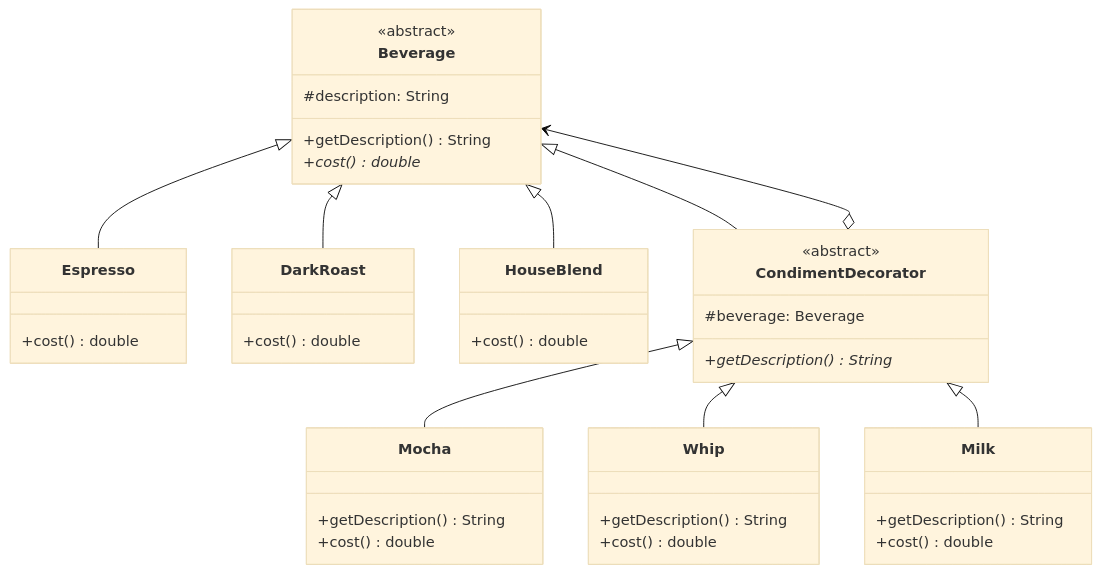
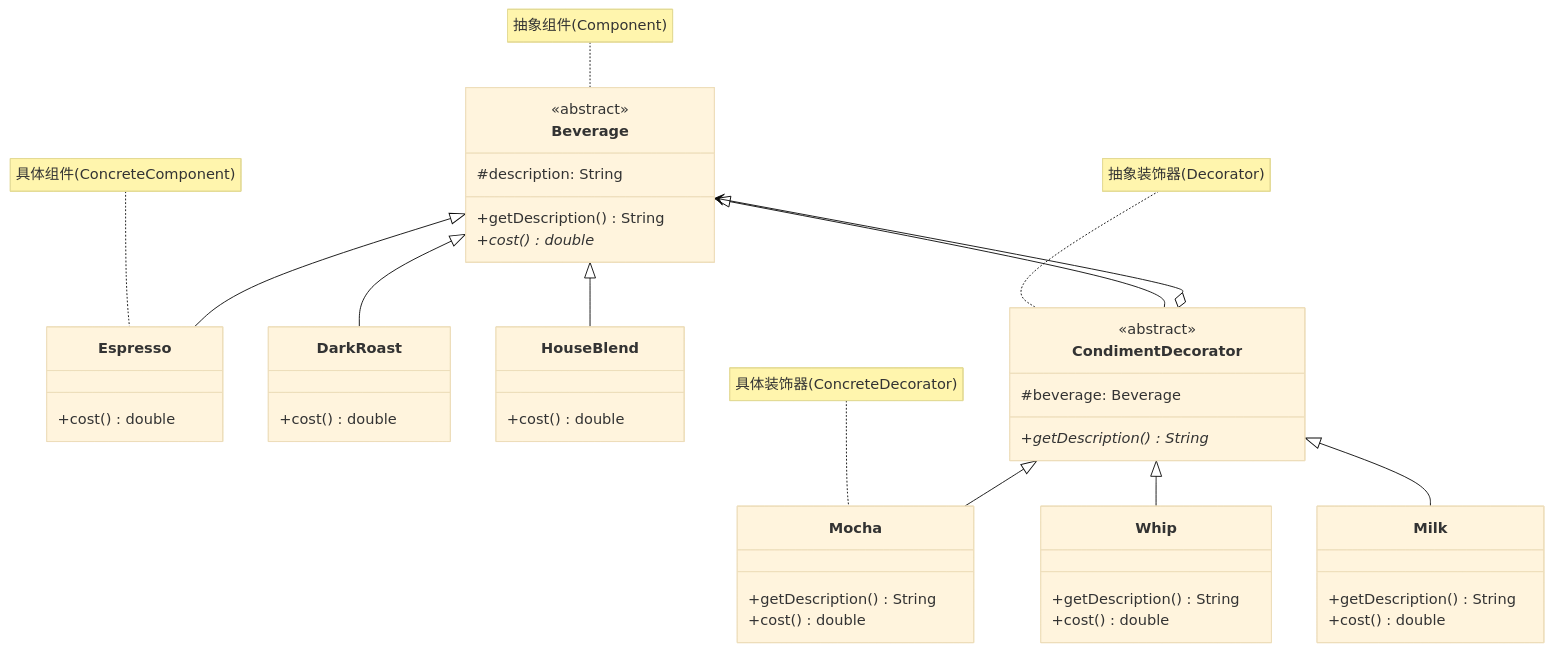
Before and after one commit to luguosong/programming-notes: the diagram in docs/topic/design-patterns/structural-patterns/decorator/index.md, drawn with Mermaid (base theme). The commit also changed 23 other files, not shown here.

First line of the commit message:
fix: 修正设计模式 UML 箭头类型并添加角色标注

````diff
--- a/docs/topic/design-patterns/structural-patterns/decorator/index.md
+++ b/docs/topic/design-patterns/structural-patterns/decorator/index.md
@@ -29,43 +29,47 @@
 ```mermaid
 classDiagram
     class Beverage {
         <<abstract>>
         #description: String
         +getDescription() String
         +cost() double*
     }
     class Espresso {
         +cost() double
     }
     class DarkRoast {
         +cost() double
     }
     class HouseBlend {
         +cost() double
     }
     class CondimentDecorator {
         <<abstract>>
         #beverage: Beverage
         +getDescription() String*
     }
     class Mocha {
         +getDescription() String
         +cost() double
     }
     class Whip {
         +getDescription() String
         +cost() double
     }
     class Milk {
         +getDescription() String
         +cost() double
     }
     Beverage <|-- Espresso
     Beverage <|-- DarkRoast
     Beverage <|-- HouseBlend
     Beverage <|-- CondimentDecorator
     CondimentDecorator o--> Beverage
     CondimentDecorator <|-- Mocha
     CondimentDecorator <|-- Whip
     CondimentDecorator <|-- Milk
+    note for Beverage "抽象组件(Component)"
+    note for Espresso "具体组件(ConcreteComponent)"
+    note for CondimentDecorator "抽象装饰器(Decorator)"
+    note for Mocha "具体装饰器(ConcreteDecorator)"
 ```
````
